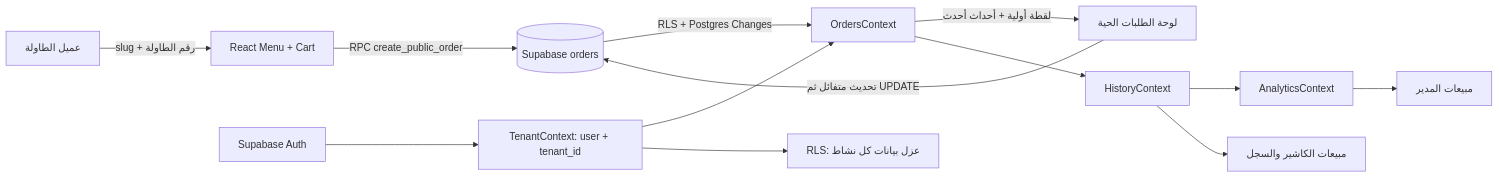
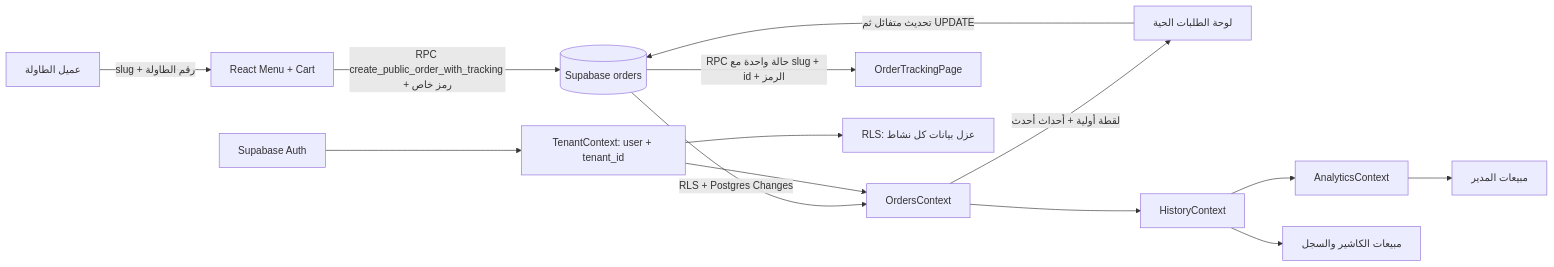
The diagram in docs/DEVELOPMENT_GUIDE_AR.md (Tappo-Tech/servio-v01), drawn with Mermaid before and after one commit. The commit also changed other lines of this file and 11 other files, not shown here.

Commit message:
feat: add customer order tracking and POS order type buttons

````diff
--- a/docs/DEVELOPMENT_GUIDE_AR.md
+++ b/docs/DEVELOPMENT_GUIDE_AR.md
@@ -13,15 +13,16 @@
 ```mermaid
 flowchart LR
     Guest[عميل الطاولة] -->|slug + رقم الطاولة| Menu[React Menu + Cart]
-    Menu -->|RPC create_public_order| DB[(Supabase orders)]
+    Menu -->|RPC create_public_order_with_tracking + رمز خاص| DB[(Supabase orders)]
     DB -->|RLS + Postgres Changes| Orders[OrdersContext]
+    DB -->|RPC حالة واحدة مع slug + id + الرمز| Track[OrderTrackingPage]
     Orders -->|لقطة أولية + أحداث أحدث| Live[لوحة الطلبات الحية]
     Live -->|تحديث متفائل ثم UPDATE| DB
     Orders --> History[HistoryContext]
     History --> Analytics[AnalyticsContext]
     Analytics --> Manager[مبيعات المدير]
     History --> Cashier[مبيعات الكاشير والسجل]
     Auth[Supabase Auth] --> Tenant[TenantContext: user + tenant_id]
     Tenant --> Orders
     Tenant --> RLS[RLS: عزل بيانات كل نشاط]
 ```
````
